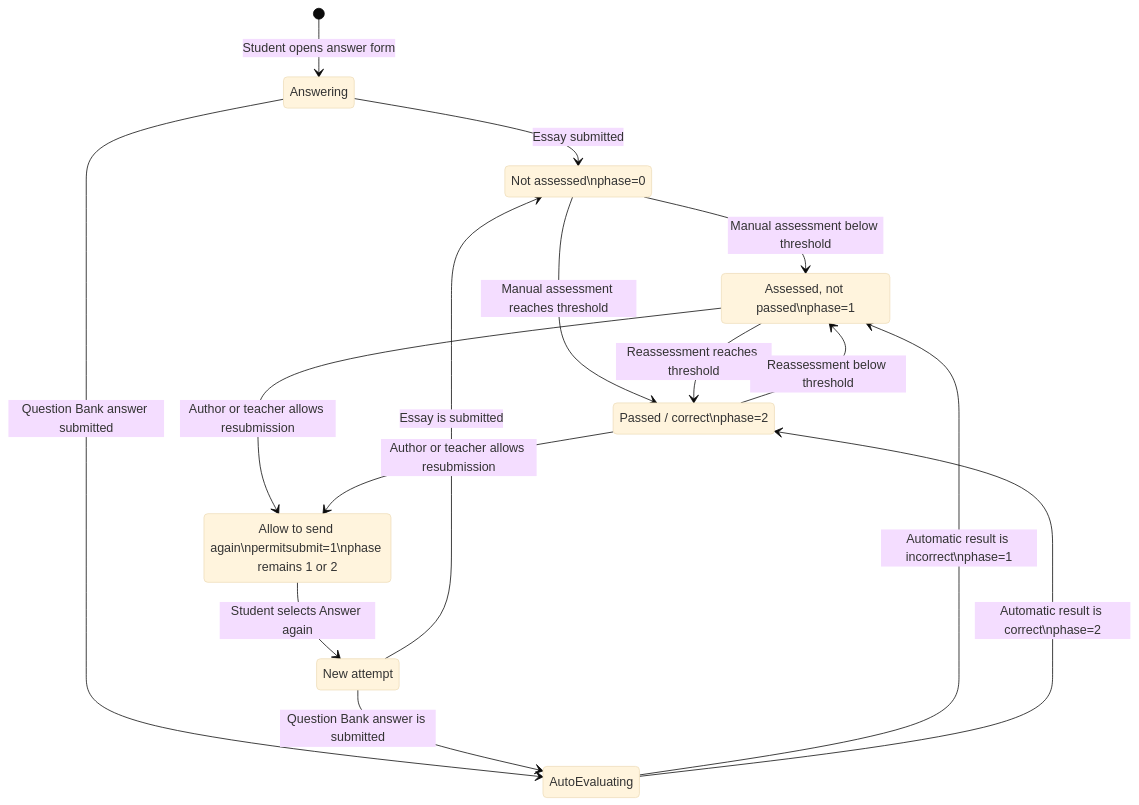
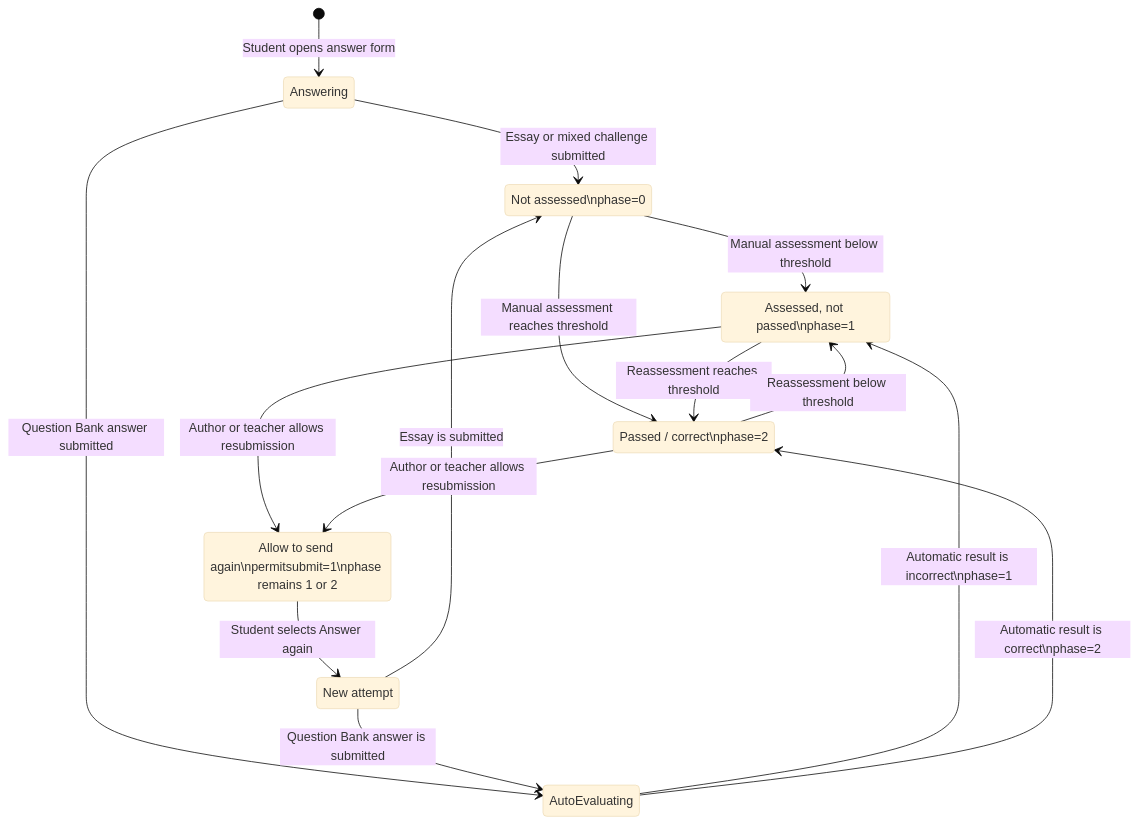
One commit to juacas/moodle-mod_quest changed the second of 3 diagrams in README.md. Above: the diagram before and after it, drawn with Mermaid (base theme). The commit also changed other lines of this file and 42 other files, not shown here.

````diff
--- a/README.md
+++ b/README.md
@@ -150,25 +153,25 @@
 ```mermaid
 stateDiagram-v2
     [*] --> Answering: Student opens answer form
-    Answering --> NotAssessed: Essay submitted
+    Answering --> NotAssessed: Essay or mixed challenge submitted
     Answering --> AutoEvaluating: Question Bank answer submitted
     AutoEvaluating --> Assessed: Automatic result is incorrect\nphase=1
     AutoEvaluating --> Passed: Automatic result is correct\nphase=2
 
     state "Not assessed\nphase=0" as NotAssessed
     state "Assessed, not passed\nphase=1" as Assessed
     state "Passed / correct\nphase=2" as Passed
     state "Allow to send again\npermitsubmit=1\nphase remains 1 or 2" as ResubmissionAllowed
     state "New attempt" as NewAttempt
 
     NotAssessed --> Assessed: Manual assessment below threshold
     NotAssessed --> Passed: Manual assessment reaches threshold
     Assessed --> Passed: Reassessment reaches threshold
     Passed --> Assessed: Reassessment below threshold
 
     Assessed --> ResubmissionAllowed: Author or teacher allows resubmission
     Passed --> ResubmissionAllowed: Author or teacher allows resubmission
     ResubmissionAllowed --> NewAttempt: Student selects Answer again
     NewAttempt --> NotAssessed: Essay is submitted
     NewAttempt --> AutoEvaluating: Question Bank answer is submitted
 ```
````
